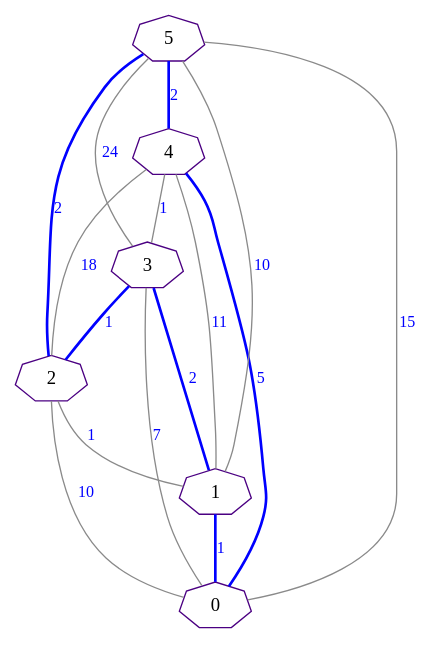
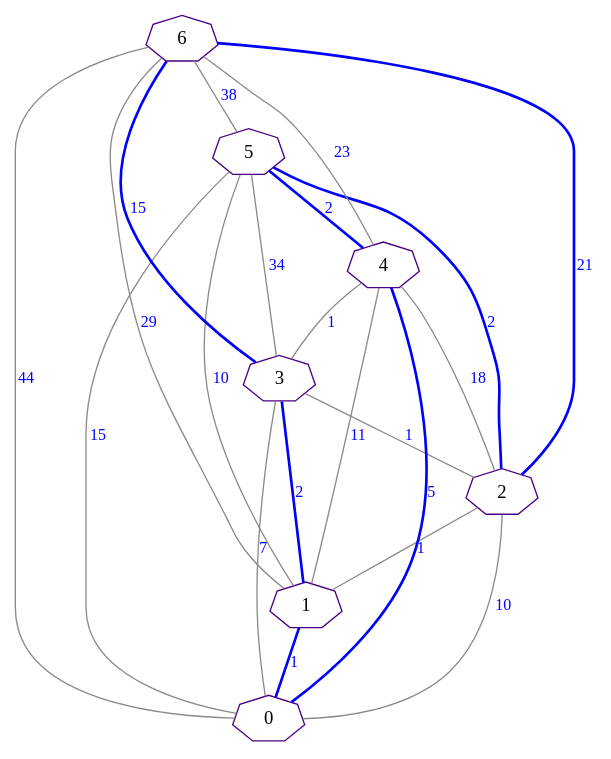
One commit to Sunshine-ki/BMSTU5_AA changed the diagram in lab_06/src/result/result_ant.gv. Above: the diagram before and after it, drawn with Graphviz. The commit also changed 8 other files, not shown here.

```diff
--- a/lab_06/src/result/result_ant.gv
+++ b/lab_06/src/result/result_ant.gv
@@ -1,21 +1,27 @@
 graph G
 {
     edge[color="gray54",fontcolor="blue",fontsize=12, len=3];
     node[color="indigo",fontsize=14, shape="septagon"];
 
     1 -- 0 [label="1", color=blue, penwidth=2.0];
     2 -- 0 [label="10"];
     2 -- 1 [label="1"];
     3 -- 0 [label="7"];
     3 -- 1 [label="2", color=blue, penwidth=2.0];
-    3 -- 2 [label="1", color=blue, penwidth=2.0];
+    3 -- 2 [label="1"];
     4 -- 0 [label="5", color=blue, penwidth=2.0];
     4 -- 1 [label="11"];
     4 -- 2 [label="18"];
     4 -- 3 [label="1"];
     5 -- 0 [label="15"];
     5 -- 1 [label="10"];
     5 -- 2 [label="2", color=blue, penwidth=2.0];
-    5 -- 3 [label="24"];
+    5 -- 3 [label="34"];
     5 -- 4 [label="2", color=blue, penwidth=2.0];
+    6 -- 0 [label="44"];
+    6 -- 1 [label="29"];
+    6 -- 2 [label="21", color=blue, penwidth=2.0];
+    6 -- 3 [label="15", color=blue, penwidth=2.0];
+    6 -- 4 [label="23"];
+    6 -- 5 [label="38"];
 }
```
